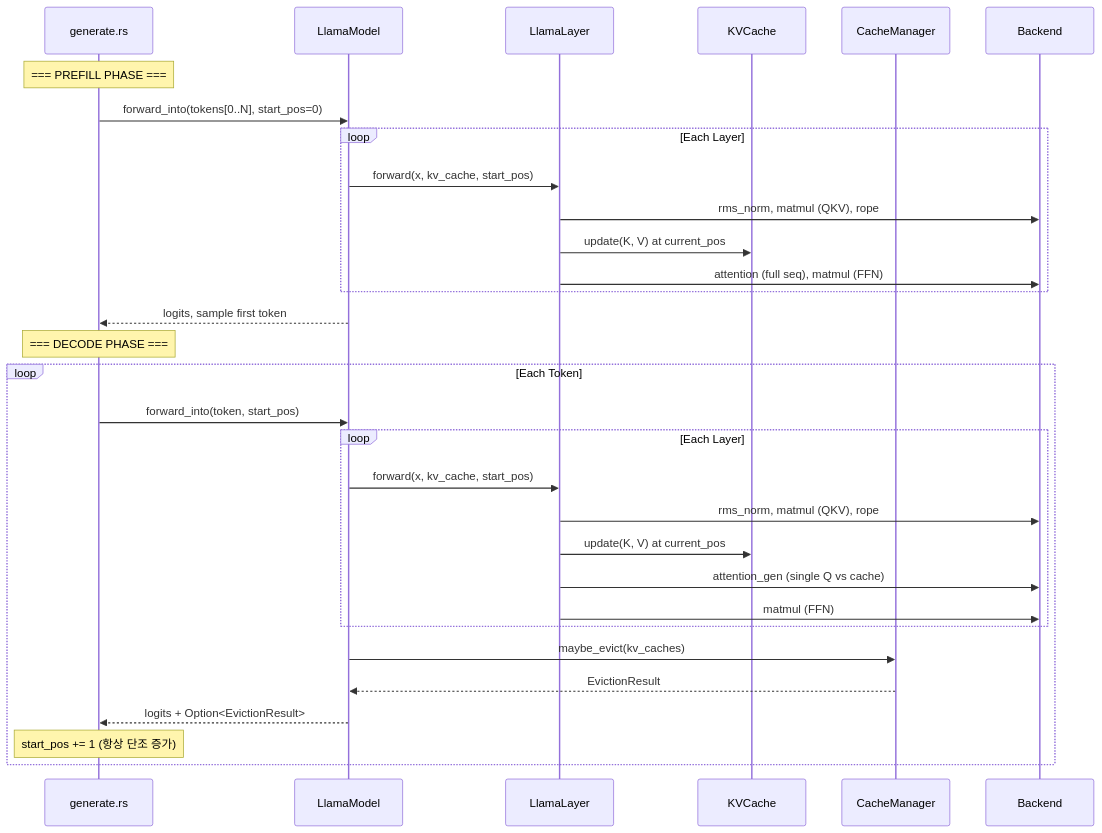
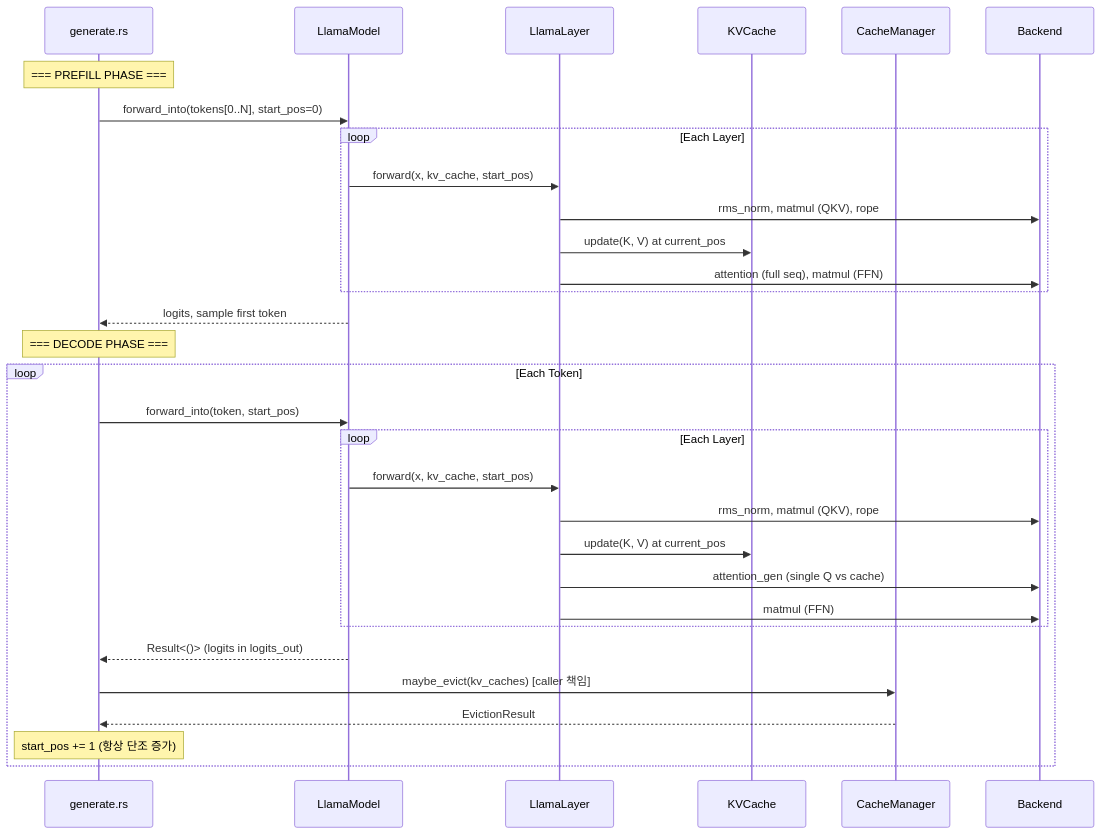
One commit to hedone21/llm_rs2 changed the second of 3 diagrams in ARCHITECTURE.md. Above: the diagram before and after it, drawn with Mermaid. The commit also changed other lines of this file and 5 other files, not shown here.

First line of the commit message:
docs: sync documentation with refactored cache/model architecture

````diff
--- a/ARCHITECTURE.md
+++ b/ARCHITECTURE.md
@@ -117,35 +130,35 @@
 ```mermaid
 sequenceDiagram
     participant User as generate.rs
     participant Model as LlamaModel
     participant Layer as LlamaLayer
     participant Cache as KVCache
     participant CM as CacheManager
     participant Backend
 
     Note over User: === PREFILL PHASE ===
     User->>Model: forward_into(tokens[0..N], start_pos=0)
     loop Each Layer
         Model->>Layer: forward(x, kv_cache, start_pos)
         Layer->>Backend: rms_norm, matmul (QKV), rope
         Layer->>Cache: update(K, V) at current_pos
         Layer->>Backend: attention (full seq), matmul (FFN)
     end
     Model-->>User: logits, sample first token
 
     Note over User: === DECODE PHASE ===
     loop Each Token
         User->>Model: forward_into(token, start_pos)
         loop Each Layer
             Model->>Layer: forward(x, kv_cache, start_pos)
             Layer->>Backend: rms_norm, matmul (QKV), rope
             Layer->>Cache: update(K, V) at current_pos
             Layer->>Backend: attention_gen (single Q vs cache)
             Layer->>Backend: matmul (FFN)
         end
-        Model->>CM: maybe_evict(kv_caches)
-        CM-->>Model: EvictionResult
-        Model-->>User: logits + Option<EvictionResult>
+        Model-->>User: Result<()> (logits in logits_out)
+        User->>CM: maybe_evict(kv_caches) [caller 책임]
+        CM-->>User: EvictionResult
         Note over User: start_pos += 1 (항상 단조 증가)
     end
 ```
````
